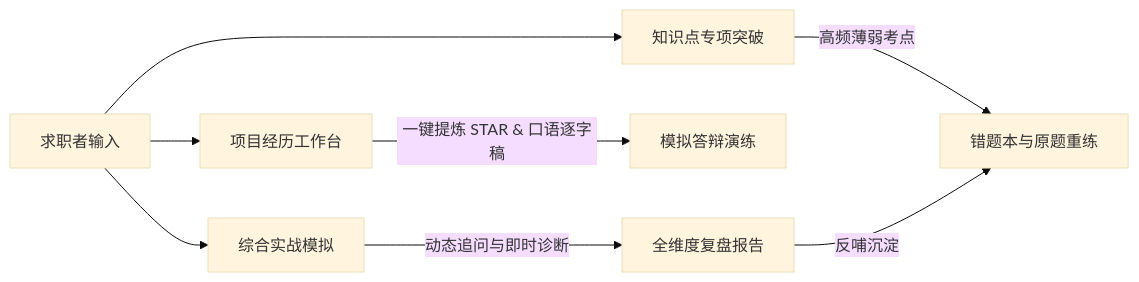
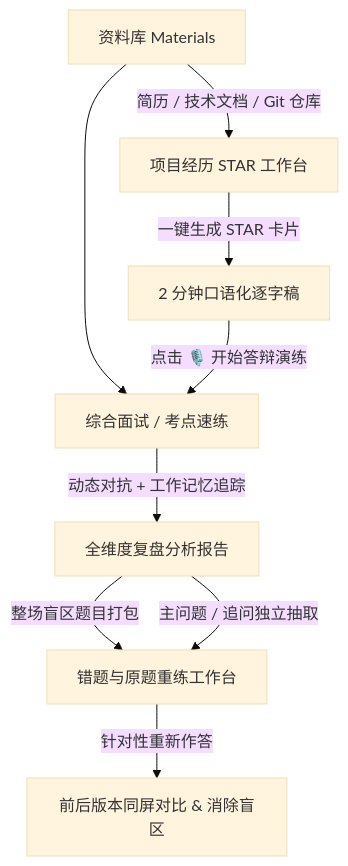
Before and after one commit to sz-xiaohuolong/interview-tool: the diagram in README.md, drawn with Mermaid (base theme). The commit also changed other lines of this file and 1 other file, not shown here.

````diff
--- a/README.md
+++ b/README.md
@@ -80,11 +66,15 @@
 ```mermaid
-graph LR
-    A[求职者输入] --> B[项目经历工作台]
-    A --> C[知识点专项突破]
-    A --> D[综合实战模拟]
+flowchart TD
+    A[资料库 Materials] -->|简历 / 技术文档 / Git 仓库| B[项目经历 STAR 工作台]
+    A --> C[综合面试 / 考点速练]
     
-    B -->|一键提炼 STAR & 口语逐字稿| B1[模拟答辩演练]
-    C -->|高频薄弱考点| E[错题本与原题重练]
-    D -->|动态追问与即时诊断| F[全维度复盘报告]
-    F -->|反哺沉淀| E
+    B -->|一键生成 STAR 卡片| B1[2 分钟口语化逐字稿]
+    B1 -->|点击 🎙️ 开始答辩演练| C
+    
+    C -->|动态对抗 + 工作记忆追踪| D[全维度复盘分析报告]
+    
+    D -->|整场盲区题目打包| E[错题与原题重练工作台]
+    D -->|主问题 / 追问独立抽取| E
+    
+    E -->|针对性重新作答| F[前后版本同屏对比 & 消除盲区]
 ```
````
